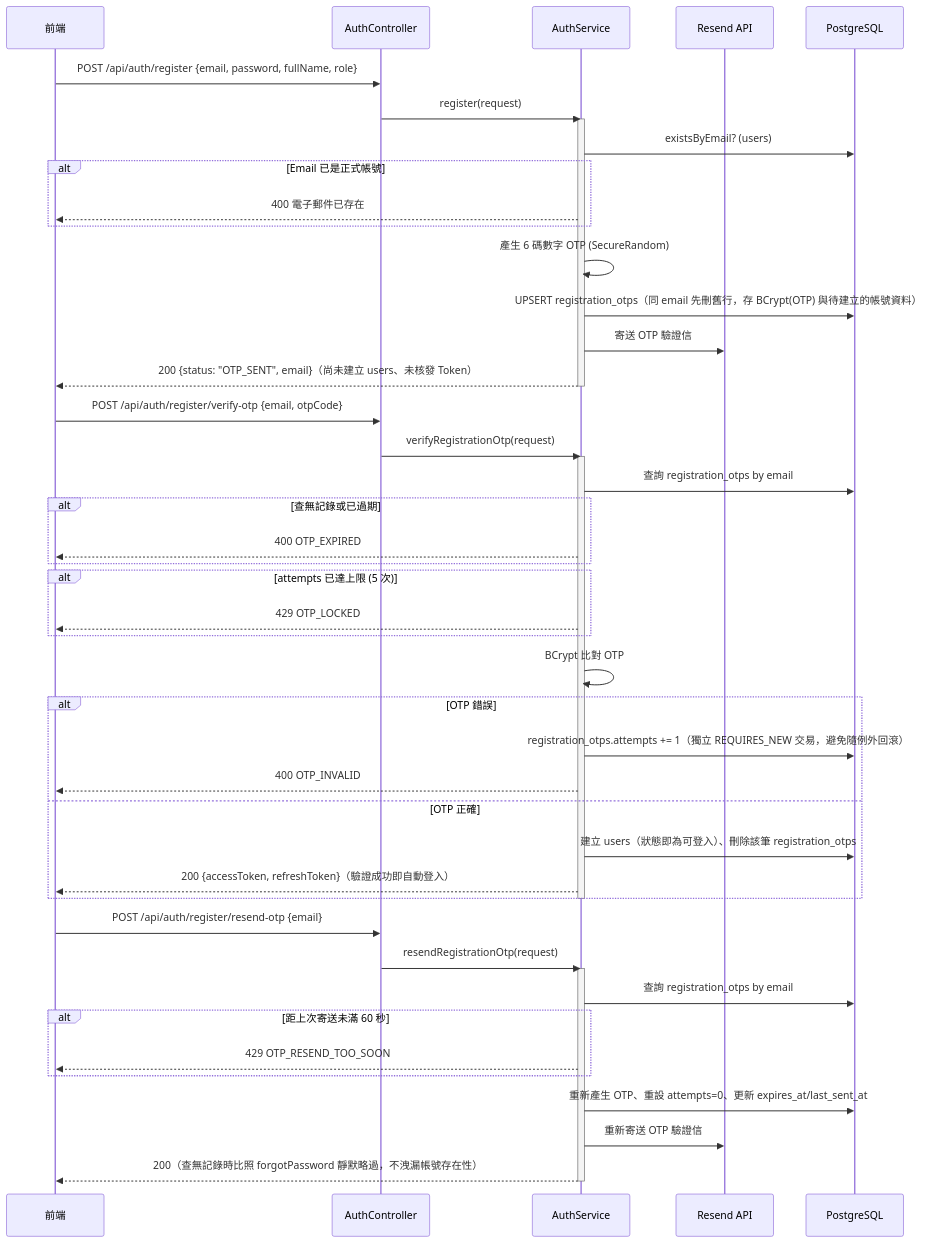
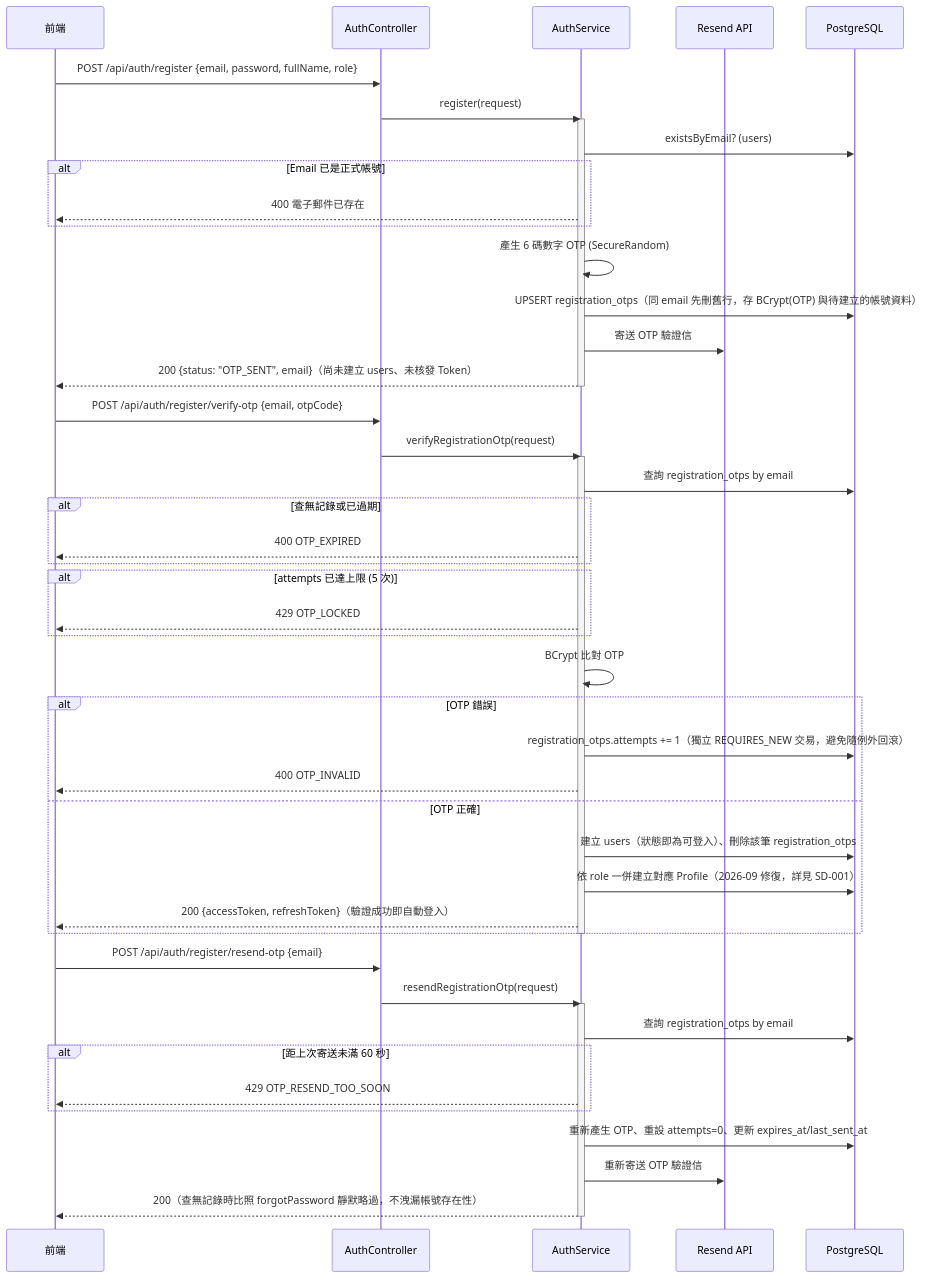
Before and after one commit to willchiangch/cat-sitter-project: the sixth of 11 diagrams in docs/sd/SD-000-authentication-authorization.md, drawn with Mermaid. The commit also changed 4 other files, not shown here.

````diff
--- a/docs/sd/SD-000-authentication-authorization.md
+++ b/docs/sd/SD-000-authentication-authorization.md
@@ -130,53 +130,54 @@
 ```mermaid
 sequenceDiagram
     participant FE as 前端
     participant BE as AuthController
     participant SVC as AuthService
     participant Resend as Resend API
     participant DB as PostgreSQL
 
     FE->>BE: POST /api/auth/register {email, password, fullName, role}
     BE->>SVC: register(request)
     activate SVC
     SVC->>DB: existsByEmail? (users)
     alt Email 已是正式帳號
         SVC-->>FE: 400 電子郵件已存在
     end
     SVC->>SVC: 產生 6 碼數字 OTP (SecureRandom)
     SVC->>DB: UPSERT registration_otps（同 email 先刪舊行，存 BCrypt(OTP) 與待建立的帳號資料）
     SVC->>Resend: 寄送 OTP 驗證信
     SVC-->>FE: 200 {status: "OTP_SENT", email}（尚未建立 users、未核發 Token）
     deactivate SVC
 
     FE->>BE: POST /api/auth/register/verify-otp {email, otpCode}
     BE->>SVC: verifyRegistrationOtp(request)
     activate SVC
     SVC->>DB: 查詢 registration_otps by email
     alt 查無記錄或已過期
         SVC-->>FE: 400 OTP_EXPIRED
     end
     alt attempts 已達上限 (5 次)
         SVC-->>FE: 429 OTP_LOCKED
     end
     SVC->>SVC: BCrypt 比對 OTP
     alt OTP 錯誤
         SVC->>DB: registration_otps.attempts += 1（獨立 REQUIRES_NEW 交易，避免隨例外回滾）
         SVC-->>FE: 400 OTP_INVALID
     else OTP 正確
         SVC->>DB: 建立 users（狀態即為可登入）、刪除該筆 registration_otps
+        SVC->>DB: 依 role 一併建立對應 Profile（2026-09 修復，詳見 SD-001）
         SVC-->>FE: 200 {accessToken, refreshToken}（驗證成功即自動登入）
     end
     deactivate SVC
 
     FE->>BE: POST /api/auth/register/resend-otp {email}
     BE->>SVC: resendRegistrationOtp(request)
     activate SVC
     SVC->>DB: 查詢 registration_otps by email
     alt 距上次寄送未滿 60 秒
         SVC-->>FE: 429 OTP_RESEND_TOO_SOON
     end
     SVC->>DB: 重新產生 OTP、重設 attempts=0、更新 expires_at/last_sent_at
     SVC->>Resend: 重新寄送 OTP 驗證信
     SVC-->>FE: 200（查無記錄時比照 forgotPassword 靜默略過，不洩漏帳號存在性）
     deactivate SVC
 ```
````
